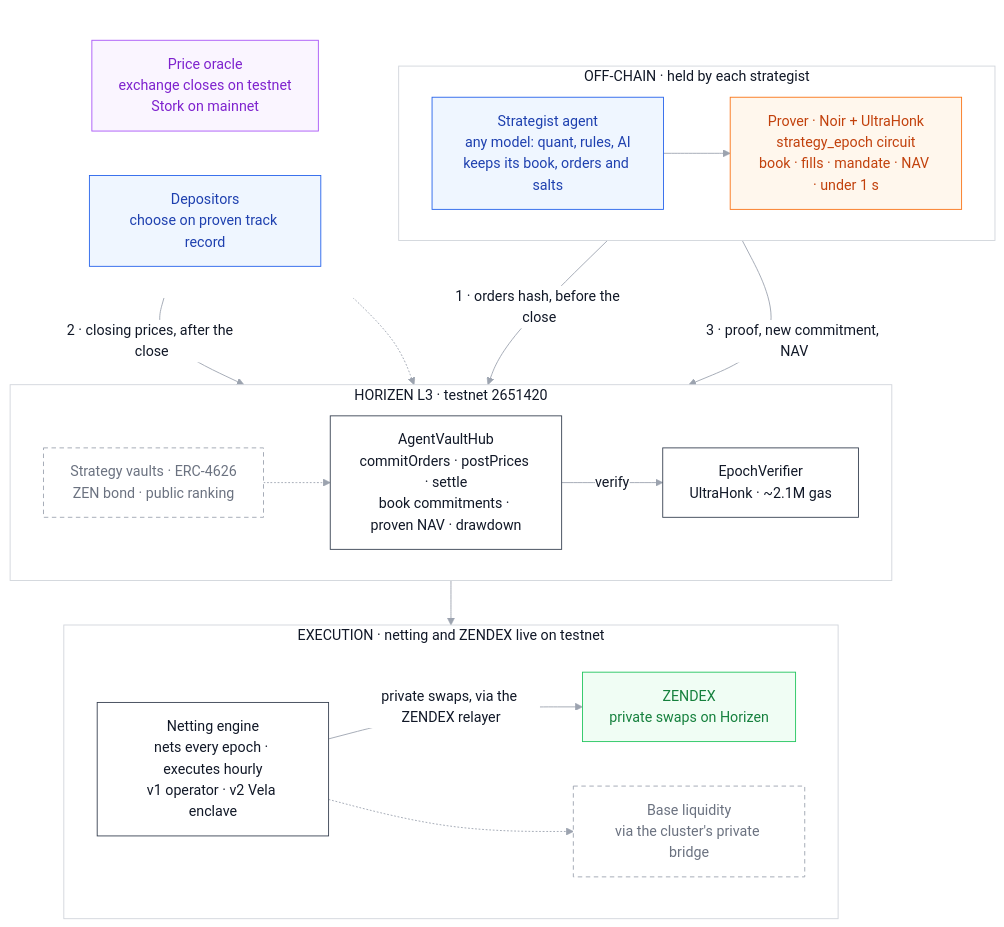
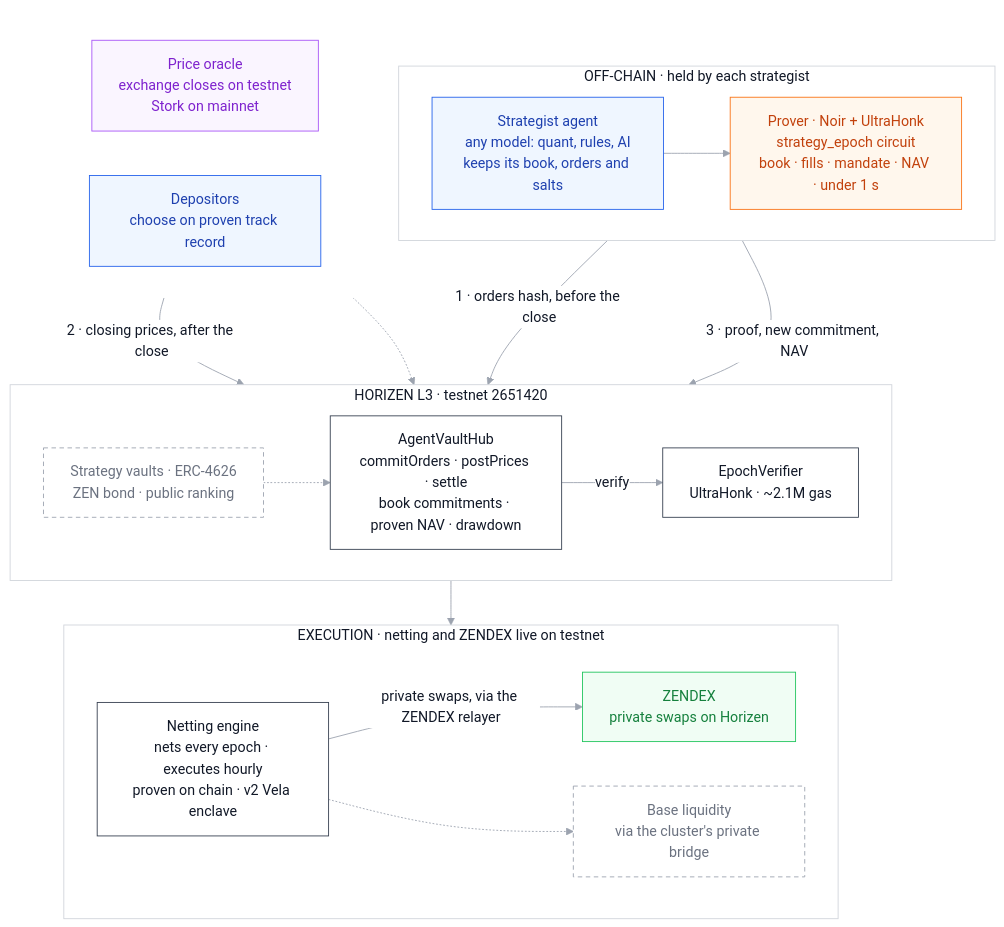
One commit to agamafinance/agama-horizen-agentic-vaults changed the diagram in README.md. Above: the diagram before and after it, drawn with Mermaid. The commit also changed 4 other files, not shown here.

Commit message:
Send to ZENDEX only the net flows the attestor proved

````diff
--- a/README.md
+++ b/README.md
@@ -34,56 +34,56 @@
 ```mermaid
 %%{init: {'theme':'base','themeVariables':{'background':'#ffffff','primaryColor':'#ffffff','primaryTextColor':'#111827','primaryBorderColor':'#374151','lineColor':'#9ca3af','edgeLabelBackground':'#ffffff','tertiaryColor':'#ffffff','clusterBkg':'#ffffff','clusterBorder':'#d1d5db','titleColor':'#111827','fontSize':'16px'}}}%%
 flowchart TB
     subgraph offchain["OFF-CHAIN · held by each strategist"]
         direction LR
         STRAT["Strategist agent<br/>any model: quant, rules, AI<br/>keeps its book, orders and salts"]
         PROVER["Prover · Noir + UltraHonk<br/>strategy_epoch circuit<br/>book · fills · mandate · NAV · under 1 s"]
     end
 
     subgraph inputs[" "]
         direction LR
         FEED["Price oracle<br/>exchange closes on testnet<br/>Stork on mainnet"]
         DEP["Depositors<br/>choose on proven track record"]
     end
 
     subgraph horizen["HORIZEN L3 · testnet 2651420"]
         direction LR
         HUB["AgentVaultHub<br/>commitOrders · postPrices · settle<br/>book commitments · proven NAV · drawdown"]
         VER["EpochVerifier<br/>UltraHonk · ~2.1M gas"]
         VAULTS["Strategy vaults · ERC-4626<br/>ZEN bond · public ranking"]
     end
 
     subgraph market["EXECUTION · netting and ZENDEX live on testnet"]
         direction LR
-        NET["Netting engine<br/>nets every epoch · executes hourly<br/>v1 operator · v2 Vela enclave"]
+        NET["Netting engine<br/>nets every epoch · executes hourly<br/>proven on chain · v2 Vela enclave"]
         ZENDEX["ZENDEX<br/>private swaps on Horizen"]
         BASE["Base liquidity<br/>via the cluster's private bridge"]
     end
 
     STRAT -->|"1 · orders hash, before the close"| HUB
     STRAT --> PROVER
     FEED -->|"2 · closing prices, after the close"| HUB
     PROVER -->|"3 · proof, new commitment, NAV"| HUB
     HUB -->|"verify"| VER
     DEP -.-> VAULTS
     VAULTS -.-> HUB
     HUB --> NET
     NET -->|"private swaps, via the ZENDEX relayer"| ZENDEX
     NET -.-> BASE
 
     classDef actor fill:#eff6ff,stroke:#2563eb,color:#1e40af
     classDef core fill:#ffffff,stroke:#374151,color:#111827
     classDef offchain fill:#fff7ed,stroke:#f97316,color:#c2410c
     classDef feed fill:#faf5ff,stroke:#a855f7,color:#7e22ce
     classDef integration fill:#f0fdf4,stroke:#22c55e,color:#15803d
     classDef next fill:#ffffff,stroke:#9ca3af,color:#6b7280,stroke-dasharray:5 4
 
     class STRAT,DEP actor
     class HUB,VER core
     class PROVER offchain
     class FEED feed
     class ZENDEX integration
     class NET core
     class VAULTS,BASE next
     style inputs fill:#ffffff,stroke:#ffffff
 ```
````
